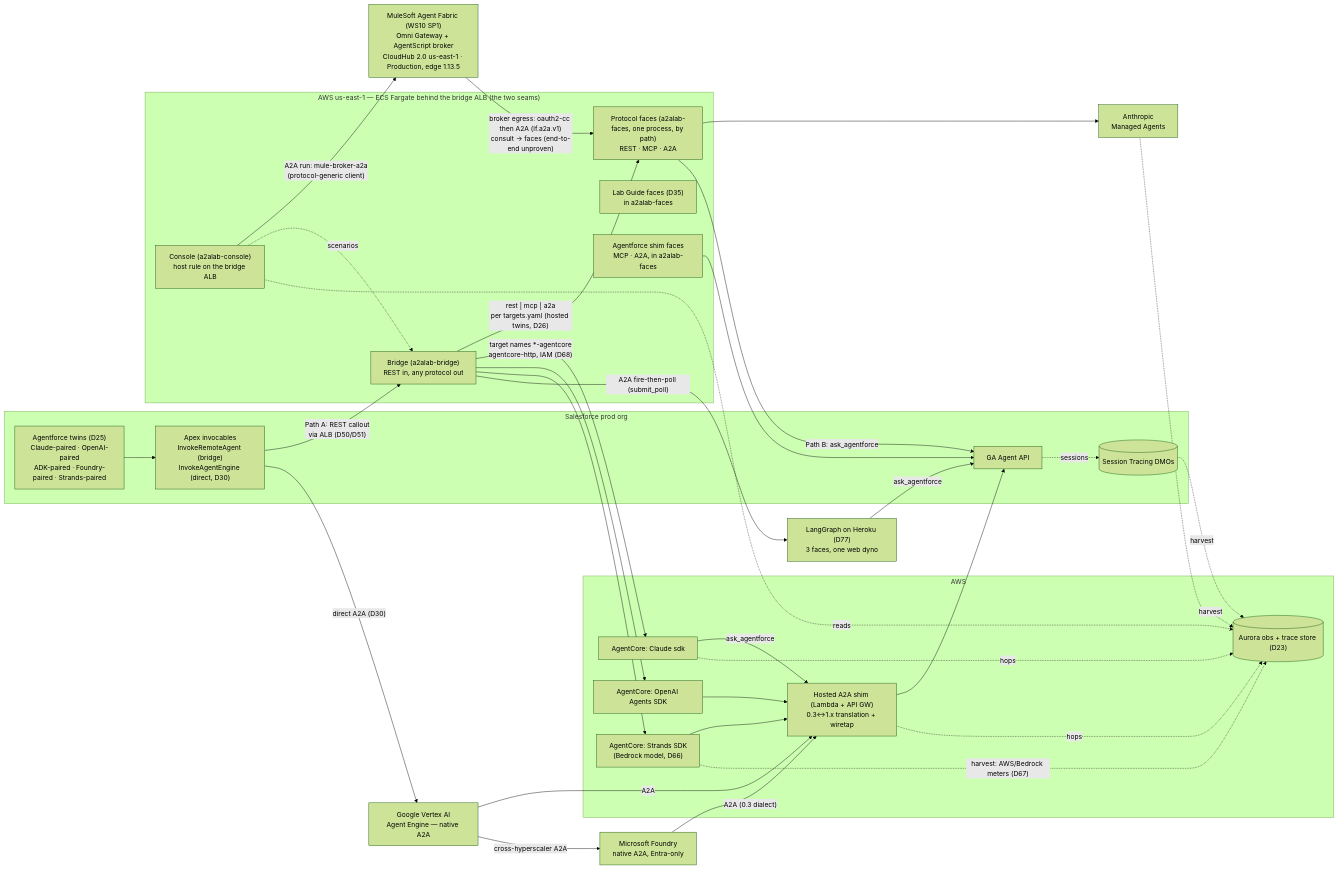
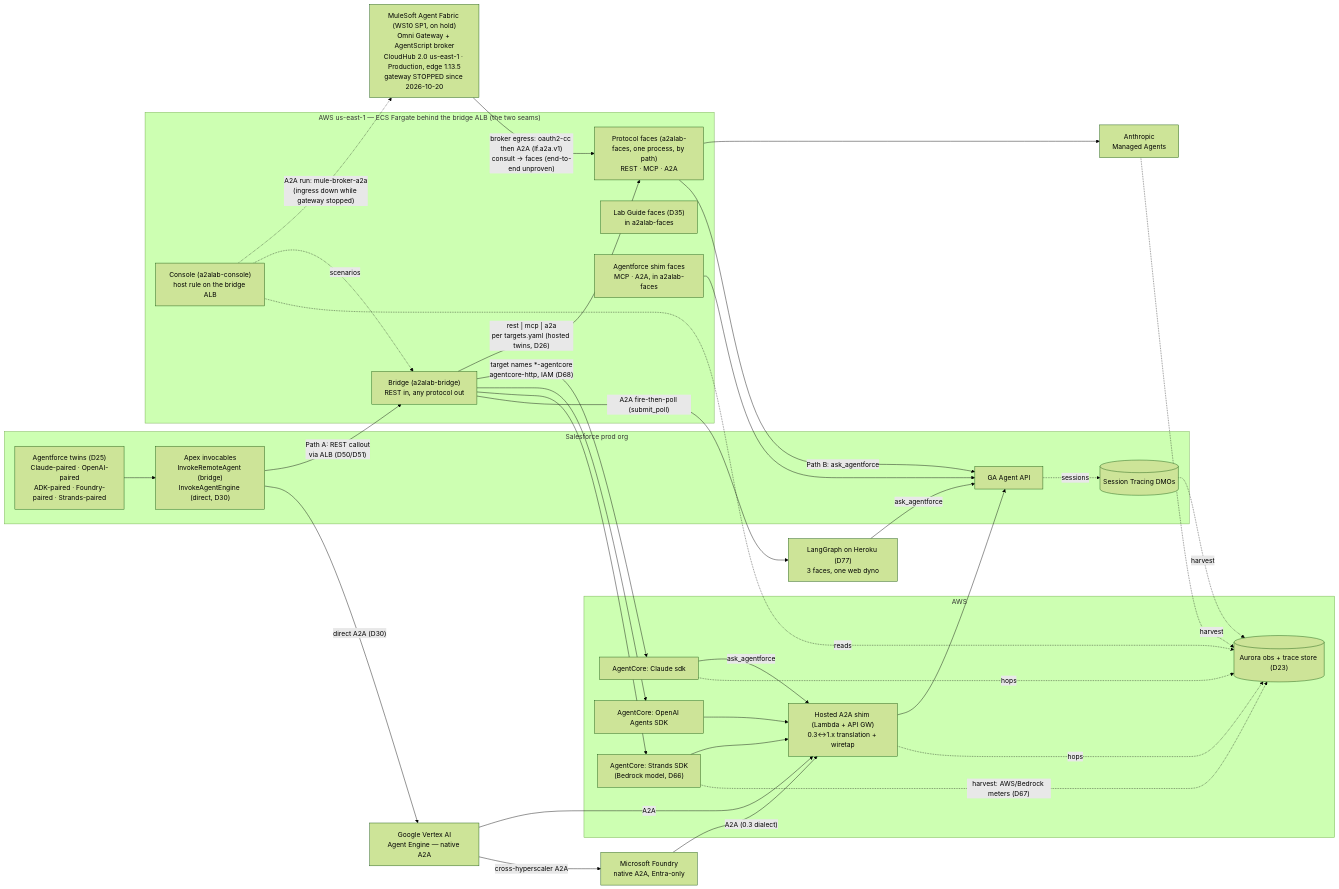
One commit to congmingwudi/a2a-lab changed the second of 4 diagrams in README.md. Above: the diagram before and after it, drawn with Mermaid (forest theme). The commit also changed other lines of this file and 9 other files, not shown here.

First line of the commit message:
Architecture sweep 2026-11-04: 15 stale claims fixed; WS10 on hold

````diff
--- a/README.md
+++ b/README.md
@@ -268,62 +268,62 @@
 ```mermaid
 flowchart LR
     subgraph sforg["Salesforce prod org"]
         TWINS["Agentforce twins (D25)<br/>Claude-paired · OpenAI-paired<br/>ADK-paired · Foundry-paired · Strands-paired"]
         APEX["Apex invocables<br/>InvokeRemoteAgent (bridge)<br/>InvokeAgentEngine (direct, D30)"]
         AGENTAPI["GA Agent API"]
         STDM[("Session Tracing DMOs")]
         TWINS --> APEX
         AGENTAPI -. sessions .-> STDM
     end
 
     subgraph lab["AWS us-east-1 — ECS Fargate behind the bridge ALB (the two seams)"]
         BR["Bridge (a2alab-bridge)<br/>REST in, any protocol out"]
         SRV["Protocol faces (a2alab-faces, one process, by path)<br/>REST · MCP · A2A"]
         GUIDE["Lab Guide faces (D35)<br/>in a2alab-faces"]
         SHIMS["Agentforce shim faces<br/>MCP · A2A, in a2alab-faces"]
         CONSOLE["Console (a2alab-console)<br/>host rule on the bridge ALB"]
     end
 
     subgraph aws["AWS"]
         ACC["AgentCore: Claude sdk"]
         ACO["AgentCore: OpenAI Agents SDK"]
         ACS["AgentCore: Strands SDK<br/>(Bedrock model, D66)"]
         HSHIM["Hosted A2A shim (Lambda + API GW)<br/>0.3↔1.x translation + wiretap"]
         OBSDB[("Aurora obs + trace store (D23)")]
     end
 
     CMA["Anthropic<br/>Managed Agents"]
     ADK["Google Vertex AI<br/>Agent Engine — native A2A"]
     FDY["Microsoft Foundry<br/>native A2A, Entra-only"]
     LG["LangGraph on Heroku (D77)<br/>3 faces, one web dyno"]
 
-    MULEBK["MuleSoft Agent Fabric (WS10 SP1)<br/>Omni Gateway + AgentScript broker<br/>CloudHub 2.0 us-east-1 · Production, edge 1.13.5"]
+    MULEBK["MuleSoft Agent Fabric (WS10 SP1, on hold)<br/>Omni Gateway + AgentScript broker<br/>CloudHub 2.0 us-east-1 · Production, edge 1.13.5<br/>gateway STOPPED since 2026-10-20"]
 
     APEX -- "Path A: REST callout<br/>via ALB (D50/D51)" --> BR
     APEX -- "direct A2A (D30)" --> ADK
     BR -- "rest | mcp | a2a<br/>per targets.yaml (hosted twins, D26)" --> SRV
     BR -- "target names *-agentcore<br/>agentcore-http, IAM (D68)" --> ACC
     BR --> ACO
     BR --> ACS
     BR -- "A2A fire-then-poll (submit_poll)" --> LG
     LG -- ask_agentforce --> AGENTAPI
     SRV --> CMA
     SRV -- "Path B: ask_agentforce" --> AGENTAPI
     SHIMS --> AGENTAPI
     ACC -- ask_agentforce --> HSHIM
     ACO --> HSHIM
     ACS --> HSHIM
     ADK -- A2A --> HSHIM
     FDY -- "A2A (0.3 dialect)" --> HSHIM
     ADK -- "cross-hyperscaler A2A" --> FDY
     HSHIM --> AGENTAPI
-    CONSOLE -- "A2A run: mule-broker-a2a<br/>(protocol-generic client)" --> MULEBK
+    CONSOLE -. "A2A run: mule-broker-a2a<br/>(ingress down while gateway stopped)" .-> MULEBK
     MULEBK -- "broker egress: oauth2-cc then A2A (lf.a2a.v1)<br/>consult → faces (end-to-end unproven)" --> SRV
     CONSOLE -.scenarios.-> BR
     CONSOLE -.reads.-> OBSDB
     HSHIM -.hops.-> OBSDB
     ACC -.hops.-> OBSDB
     STDM -.harvest.-> OBSDB
     CMA -.harvest.-> OBSDB
     ACS -. "harvest: AWS/Bedrock meters (D67)" .-> OBSDB
 ```
````
